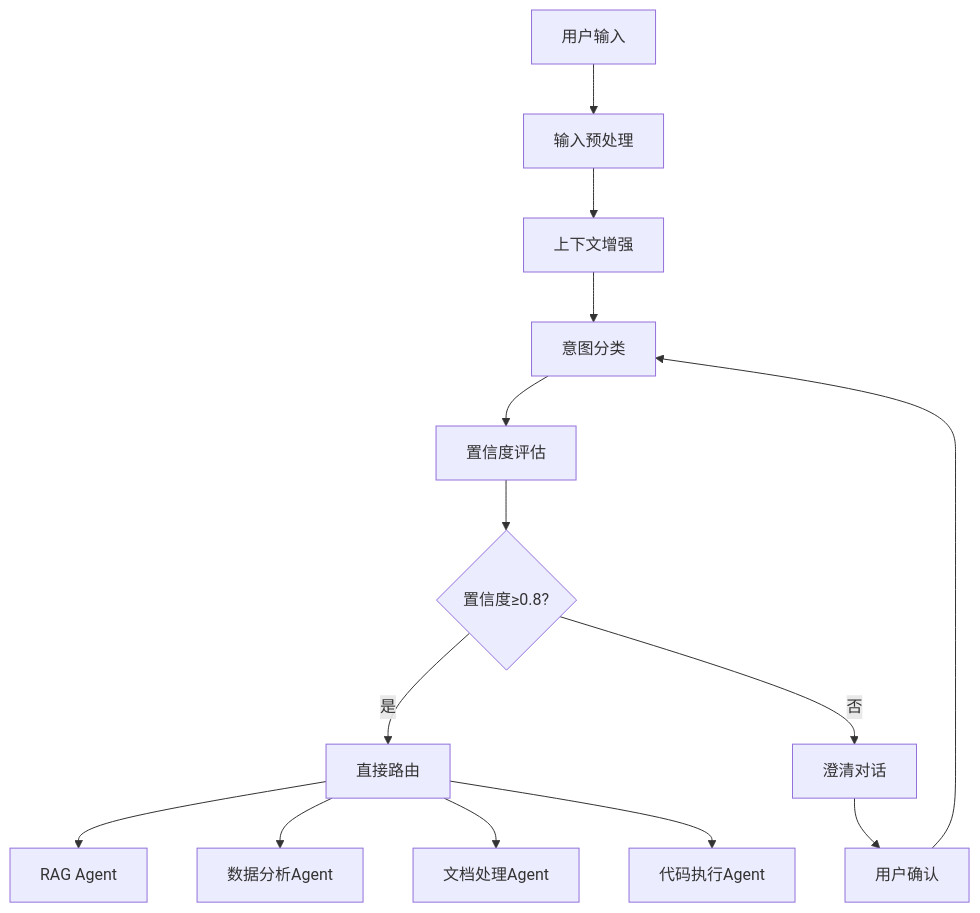
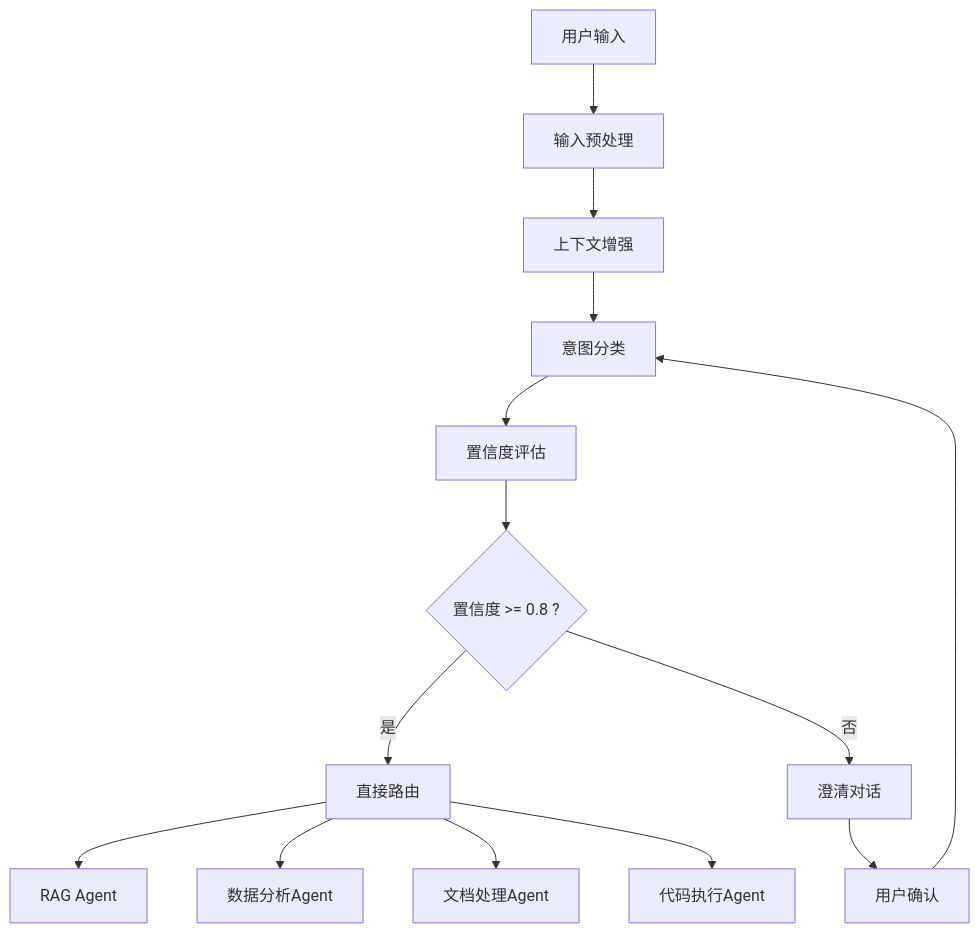
Before and after one commit to DISSIDIA-986/Industry-AI-Flow: the second of 3 diagrams in README.md, drawn with Mermaid. The commit also changed 7 other files, not shown here.

First line of the commit message:
docs: restore architecture diagram to English and fix Mermaid syntax errors

````diff
--- a/README.md
+++ b/README.md
@@ -557,16 +557,16 @@
 ```mermaid
 graph TD
     A[用户输入] --> B[输入预处理]
     B --> C[上下文增强]
     C --> D[意图分类]
     D --> E[置信度评估]
-    E --> F{置信度≥0.8?}
-    F --> |是| G[直接路由]
-    F --> |否| H[澄清对话]
+    E --> F{"置信度 >= 0.8 ?"}
+    F -->|是| G[直接路由]
+    F -->|否| H[澄清对话]
     H --> I[用户确认]
     I --> D
     G --> J[RAG Agent]
     G --> K[数据分析Agent]
     G --> L[文档处理Agent]
     G --> M[代码执行Agent]
 ```
````
